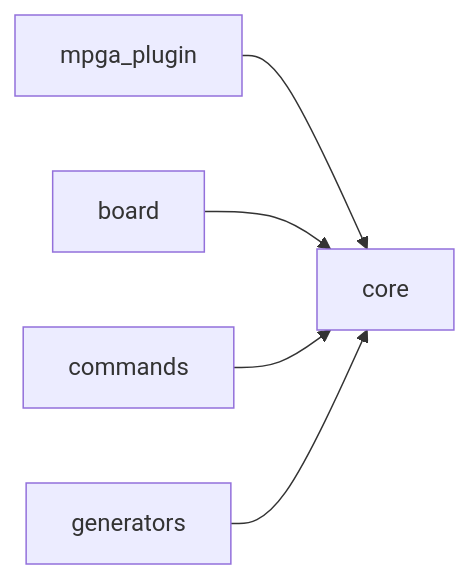
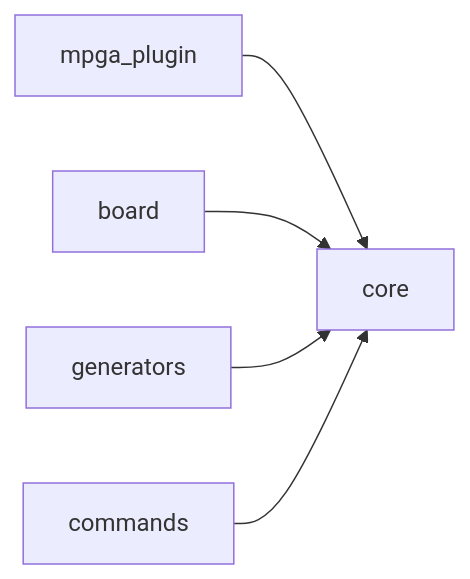
One commit to benrben/MPGA changed the diagram in MPGA/scopes/core.md. Above: the diagram before and after it, drawn with Mermaid. The commit also changed other lines of this file and 91 other files, not shown here.

````diff
--- a/MPGA/scopes/core.md
+++ b/MPGA/scopes/core.md
@@ -73,7 +73,7 @@
 ```mermaid
 graph LR
     mpga_plugin --> core
     board --> core
+    generators --> core
     commands --> core
-    generators --> core
 ```
````
